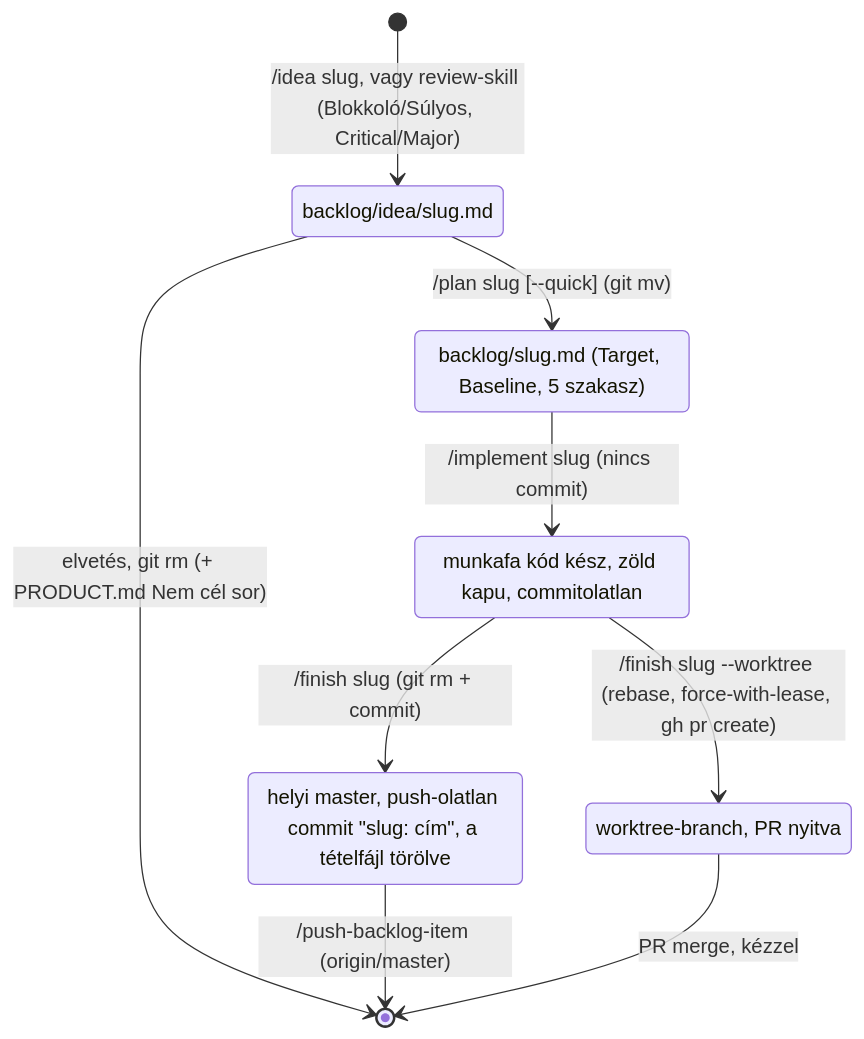
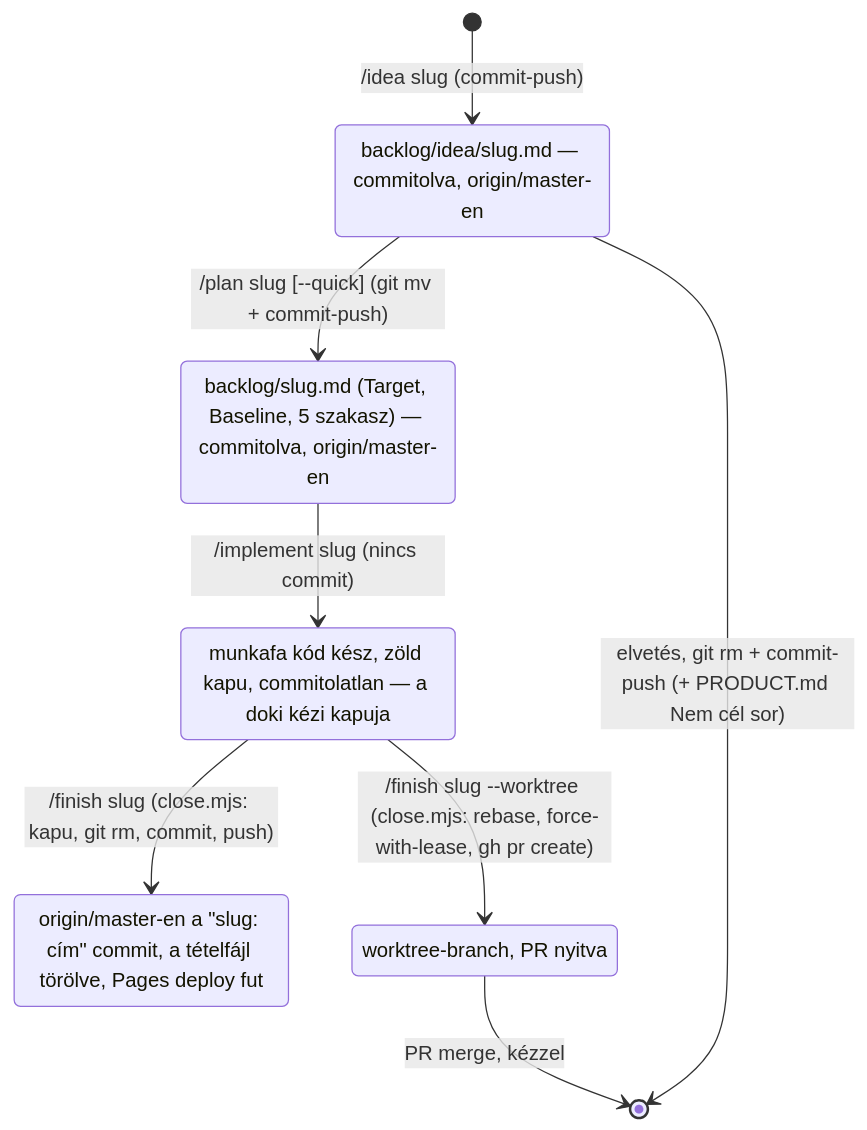
The diagram in backlog/README.md (pkormoczi/dental-plan), drawn with Mermaid before and after one commit. The commit also changed other lines of this file and 4 other files, not shown here.

First line of the commit message:
docs: backlog-flow az új modellre — README, CLAUDE.md-k, AGENTS.md, review-jelentés

````diff
--- a/backlog/README.md
+++ b/backlog/README.md
@@ -41,17 +44,16 @@
 ```mermaid
 stateDiagram-v2
-    Otlet: backlog/idea/slug.md
-    Tervezett: backlog/slug.md (Target, Baseline, 5 szakasz)
-    Kesz: munkafa kód kész, zöld kapu, commitolatlan
-    Lezart: helyi master, push-olatlan commit "slug: cím", a tételfájl törölve
+    Otlet: backlog/idea/slug.md — commitolva, origin/master-en
+    Tervezett: backlog/slug.md (Target, Baseline, 5 szakasz) — commitolva, origin/master-en
+    Kesz: munkafa kód kész, zöld kapu, commitolatlan — a doki kézi kapuja
+    Lezart: origin/master-en a "slug: cím" commit, a tételfájl törölve, Pages deploy fut
     PR: worktree-branch, PR nyitva
 
-    [*] --> Otlet: /idea slug, vagy review-skill (Blokkoló/Súlyos, Critical/Major)
-    Otlet --> Tervezett: /plan slug [--quick] (git mv)
-    Otlet --> [*]: elvetés, git rm (+ PRODUCT.md Nem cél sor)
+    [*] --> Otlet: /idea slug (commit-push)
+    Otlet --> Tervezett: /plan slug [--quick] (git mv + commit-push)
+    Otlet --> [*]: elvetés, git rm + commit-push (+ PRODUCT.md Nem cél sor)
     Tervezett --> Kesz: /implement slug (nincs commit)
-    Kesz --> Lezart: /finish slug (git rm + commit)
-    Lezart --> [*]: /push-backlog-item (origin/master)
-    Kesz --> PR: /finish slug --worktree (rebase, force-with-lease, gh pr create)
+    Kesz --> Lezart: /finish slug (close.mjs: kapu, git rm, commit, push)
+    Kesz --> PR: /finish slug --worktree (close.mjs: rebase, force-with-lease, gh pr create)
     PR --> [*]: PR merge, kézzel
 ```
````
